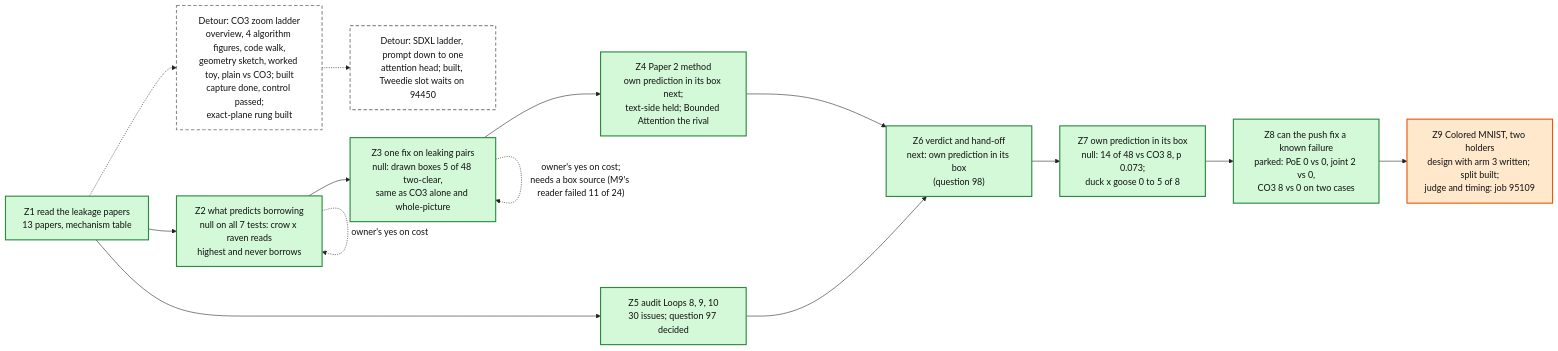
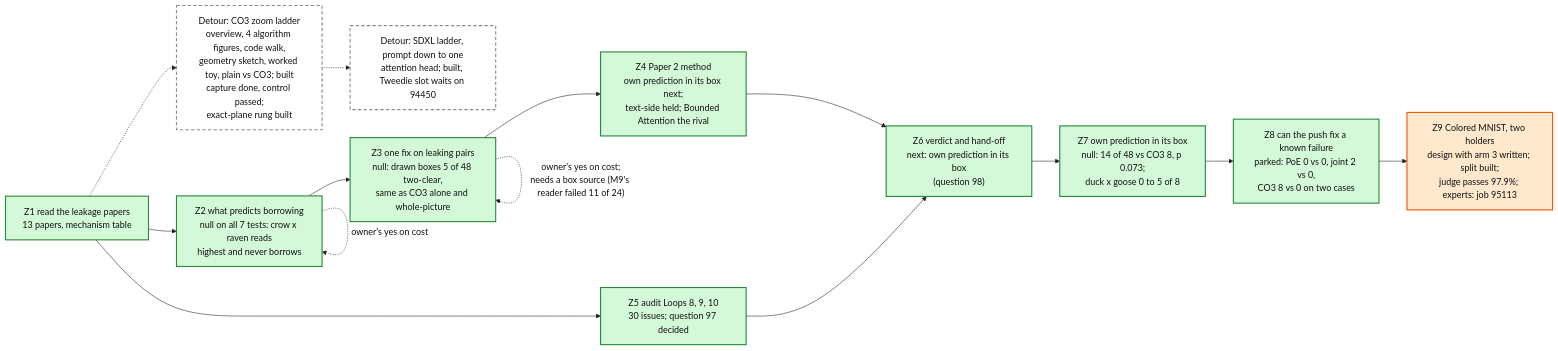
One commit to mo-rsa24/concept-composition changed the diagram in artifacts/notes/progress/leakage/loop-12-progress.mmd. Above: the diagram before and after it, drawn with Mermaid. The commit also changed 1 other file, not shown here.

Commit message:
Loop 12 map: Z9 experts training

```diff
--- a/artifacts/notes/progress/leakage/loop-12-progress.mmd
+++ b/artifacts/notes/progress/leakage/loop-12-progress.mmd
@@ -1,26 +1,26 @@
 %%{init: {'theme': 'base', 'themeVariables': {'fontFamily': 'monospace', 'primaryColor': '#ffffff', 'primaryBorderColor': '#222222', 'primaryTextColor': '#111111', 'lineColor': '#222222'}}}%%
 flowchart LR
   Z1["Z1 read the leakage papers<br/>13 papers, mechanism table"]:::done
   Z2["Z2 what predicts borrowing<br/>null on all 7 tests: crow x raven reads<br/>highest and never borrows"]:::done
   Z3["Z3 one fix on leaking pairs<br/>null: drawn boxes 5 of 48 two-clear,<br/>same as CO3 alone and whole-picture"]:::done
   Z4["Z4 Paper 2 method<br/>own prediction in its box next;<br/>text-side held; Bounded Attention the rival"]:::done
   Z5["Z5 audit Loops 8, 9, 10<br/>30 issues; question 97 decided"]:::done
   Z6["Z6 verdict and hand-off<br/>next: own prediction in its box<br/>(question 98)"]:::done
   LAD["Detour: CO3 zoom ladder<br/>overview, 4 algorithm figures, code walk,<br/>geometry sketch, worked toy, plain vs CO3; built<br/>capture done, control passed;<br/>exact-plane rung built"]:::detour
   Z1 -.-> LAD
   SDX["Detour: SDXL ladder, prompt down to one<br/>attention head; built, Tweedie slot waits on 94450"]:::detour
   LAD -.-> SDX
   Z1 --> Z2 --> Z3 --> Z4 --> Z6
   Z1 --> Z5 --> Z6
   Z2 -. "owner's yes on cost" .-> Z2
   Z3 -. "owner's yes on cost;<br/>needs a box source (M9's reader failed 11 of 24)" .-> Z3
   Z7["Z7 own prediction in its box<br/>null: 14 of 48 vs CO3 8, p 0.073;<br/>duck x goose 0 to 5 of 8"]:::done
   Z6 --> Z7
   Z8["Z8 can the push fix a known failure<br/>parked: PoE 0 vs 0, joint 2 vs 0,<br/>CO3 8 vs 0 on two cases"]:::done
   Z7 --> Z8
-  Z9["Z9 Colored MNIST, two holders<br/>design with arm 3 written; split built;<br/>judge and timing: job 95109"]:::doing
+  Z9["Z9 Colored MNIST, two holders<br/>design with arm 3 written; split built;<br/>judge passes 97.9%; experts: job 95113"]:::doing
   Z8 --> Z9
   classDef done fill:#d3f9d8,stroke:#2b8a3e,stroke-width:2px
   classDef doing fill:#ffe8cc,stroke:#e8590c,stroke-width:2px
   classDef detour fill:#ffffff,stroke:#868e96,stroke-width:2px,stroke-dasharray: 6 4
   classDef todo fill:#f1f3f5,stroke:#868e96,stroke-width:2px
```
